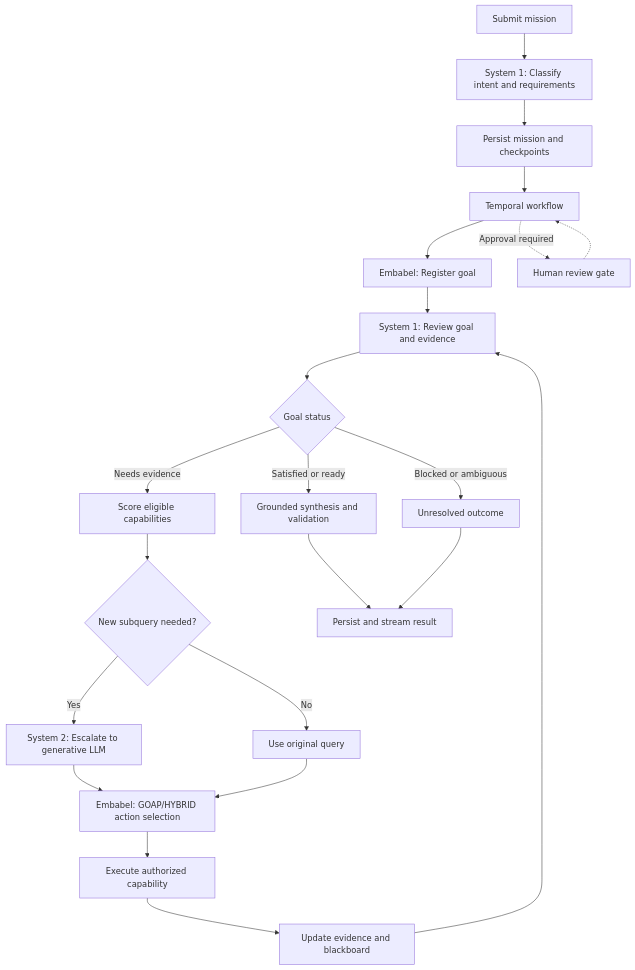
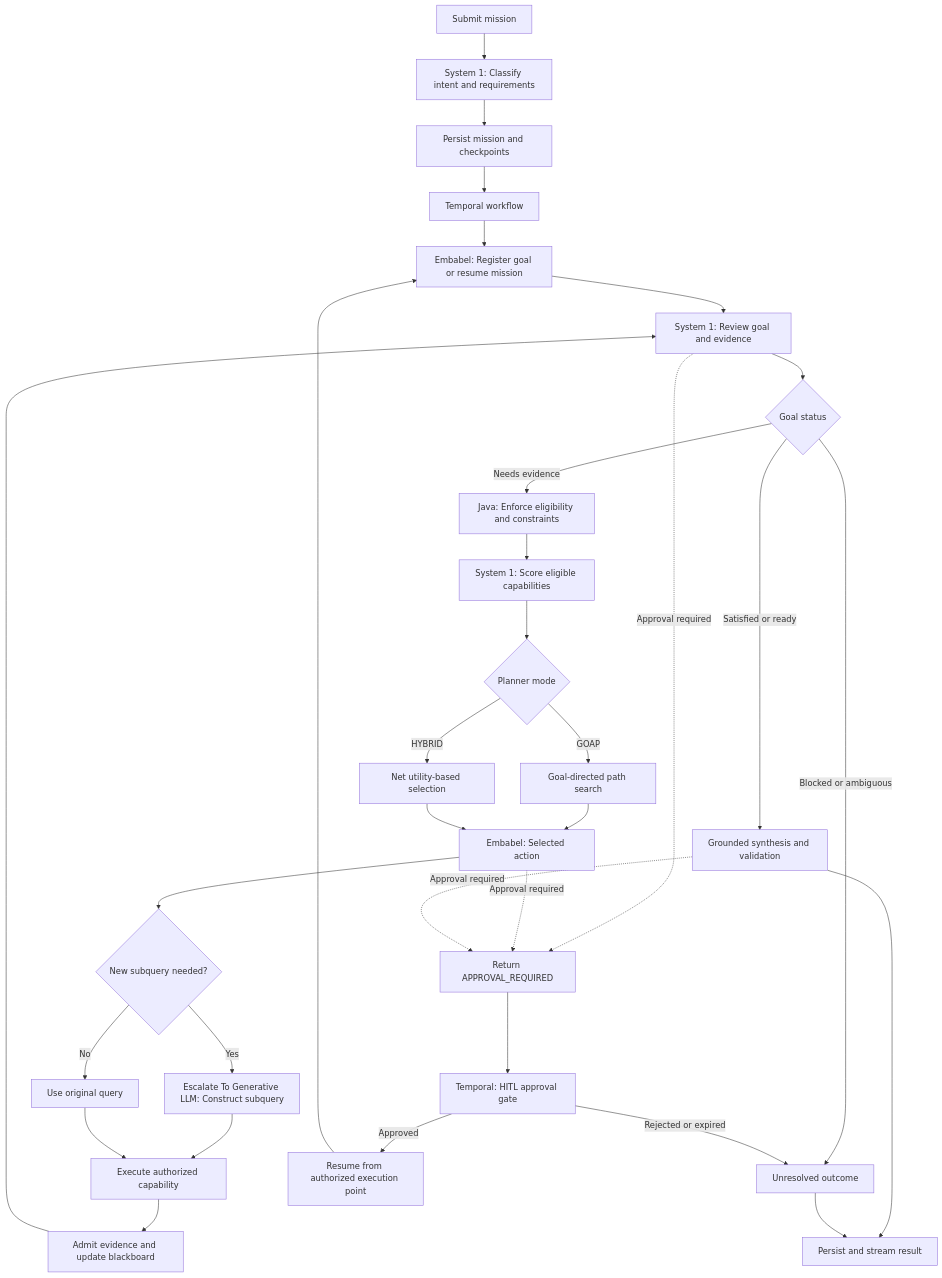
The second of 2 diagrams in data/readmes/hashedgrey__Sparrow-x.md (zqf20096327/ai_collect), drawn with Mermaid before and after one commit. The commit also changed other lines of this file and 3185 other files, not shown here.

````diff
--- a/data/readmes/hashedgrey__Sparrow-x.md
+++ b/data/readmes/hashedgrey__Sparrow-x.md
@@ -81,29 +96,44 @@
 ```mermaid
 flowchart TD
     A[Submit mission] --> B[System 1: Classify intent and requirements]
     B --> C[Persist mission and checkpoints]
     C --> D[Temporal workflow]
-    D --> E[Embabel: Register goal]
+    D --> E[Embabel: Register goal or resume mission]
     E --> F[System 1: Review goal and evidence]
     F --> G{Goal status}
 
-    G -->|Needs evidence| H[Score eligible capabilities]
-    H --> I{New subquery needed?}
-    I -->|Yes| J[System 2: Escalate to generative LLM]
-    I -->|No| K[Use original query]
+    G -->|Needs evidence| H[Java: Enforce eligibility and constraints]
+    H --> I[System 1: Score eligible capabilities]
 
-    J --> L[Embabel: GOAP/HYBRID action selection]
-    K --> L
-    L --> M[Execute authorized capability]
-    M --> N[Update evidence and blackboard]
-    N --> F
+    I --> J{Planner mode}
+    J -->|GOAP| K[Goal-directed path search]
+    J -->|HYBRID| L[Net utility-based selection]
 
-    G -->|Satisfied or ready| O[Grounded synthesis and validation]
-    G -->|Blocked or ambiguous| P[Unresolved outcome]
+    K --> M[Embabel: Selected action]
+    L --> M
 
-    O --> Q[Persist and stream result]
+    M --> N{New subquery needed?}
+    N -->|Yes| O[Escalate To Generative LLM: Construct subquery]
+    N -->|No| P[Use original query]
+
+    O --> Q[Execute authorized capability]
     P --> Q
 
-    D -.->|Approval required| R[Human review gate]
-    R -.-> D
+    Q --> R[Admit evidence and update blackboard]
+    R --> F
+
+    G -->|Satisfied or ready| S[Grounded synthesis and validation]
+    G -->|Blocked or ambiguous| X[Unresolved outcome]
+
+    S --> Y[Persist and stream result]
+    X --> Y
+
+    F -.->|Approval required| U[Return APPROVAL_REQUIRED]
+    M -.->|Approval required| U
+    S -.->|Approval required| U
+
+    U --> V[Temporal: HITL approval gate]
+    V -->|Approved| W[Resume from authorized execution point]
+    W --> E
+    V -->|Rejected or expired| X
 ```
````
